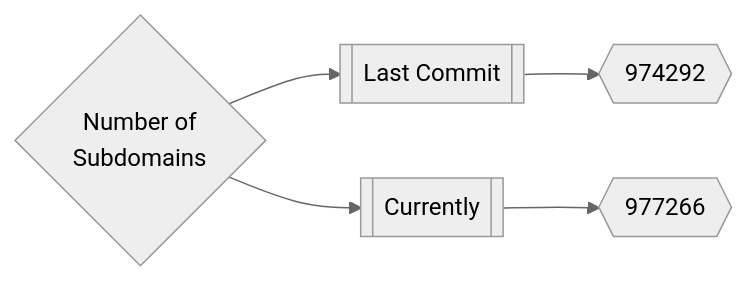
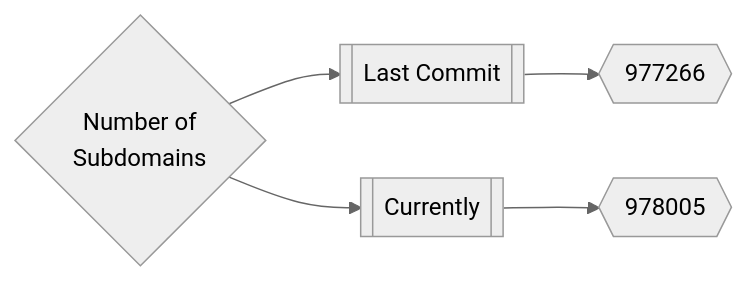
The first of 3 diagrams in README.md (trickest/inventory), drawn with Mermaid (neutral theme) before and after one commit. The commit also changed other lines of this file, not shown here.

Commit message:
Update README.md Mon Jul 25 23:34:18 UTC 2022

````diff
--- a/README.md
+++ b/README.md
@@ -167,5 +167,5 @@
 ```mermaid
 graph LR
-title{Number of<br>Subdomains} --> subdomainsDate1[[Last Commit]] --> subdomainsNum1{{974292}}
-title --> subdomainsDate2[[Currently]] --> subdomainsNum2{{977266}}
+title{Number of<br>Subdomains} --> subdomainsDate1[[Last Commit]] --> subdomainsNum1{{977266}}
+title --> subdomainsDate2[[Currently]] --> subdomainsNum2{{978005}}
 ```
````
